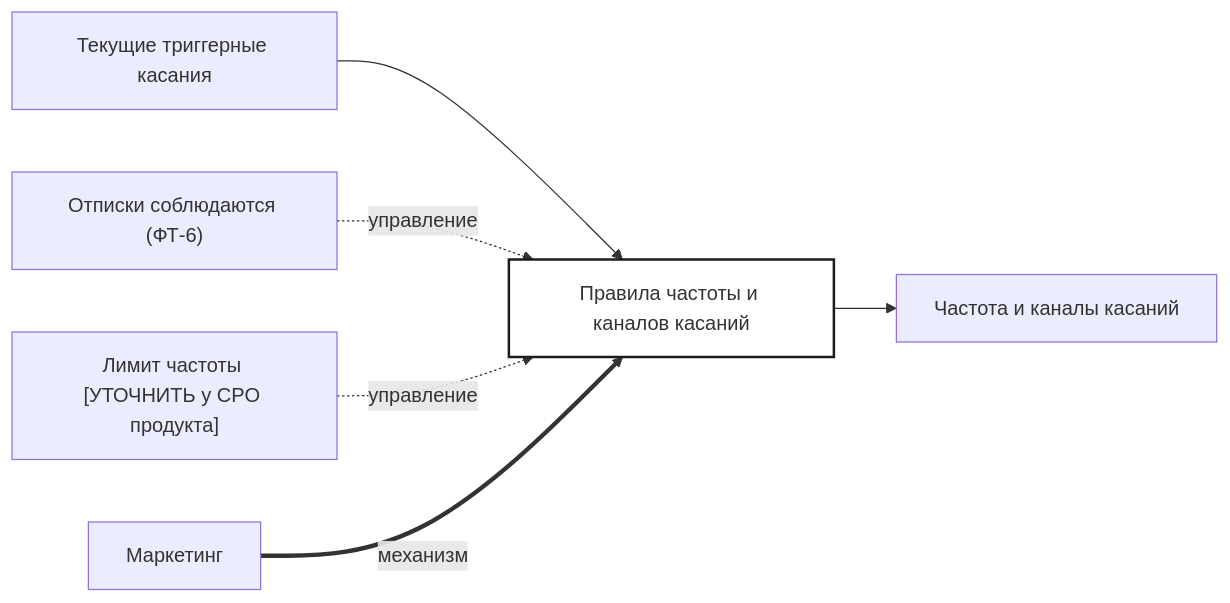
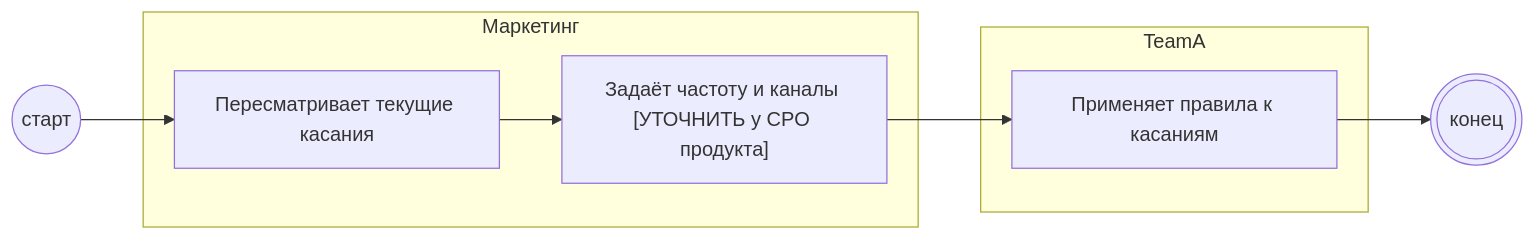
Before and after one commit to po-helper-org/poh-bft-writer: the diagram in skills/bft-blueprint/examples/dineclub-restart-blueprint/backlog/tasks/bp-3.1 - Правила-частоты-и-каналов-касаний.md, drawn with Mermaid. The commit also changed other lines of this file and 60 other files, not shown here.

````diff
--- a/skills/bft-blueprint/examples/dineclub-restart-blueprint/backlog/tasks/bp-3.1 - Правила-частоты-и-каналов-касаний.md
+++ b/skills/bft-blueprint/examples/dineclub-restart-blueprint/backlog/tasks/bp-3.1 - Правила-частоты-и-каналов-касаний.md
@@ -27,10 +39,16 @@
 ```mermaid
 flowchart LR
-  A0["Правила частоты и каналов касаний"]
-  in1["Текущие триггерные касания"] --> A0
-  ctl1["Отписки соблюдаются (ФТ-6)"] -. управление .-> A0
-  ctl2["Лимит частоты [УТОЧНИТЬ у CPO продукта]"] -. управление .-> A0
-  mech1["Маркетинг"] == механизм ==> A0
-  A0 --> out1["Частота и каналы касаний"]
-  style A0 fill:#fff,stroke:#1c1c1c,stroke-width:2px
+  S(("старт"))
+  subgraph L1["Маркетинг"]
+    N1["Пересматривает текущие касания"]
+    N2["Задаёт частоту и каналы [УТОЧНИТЬ у CPO продукта]"]
+  end
+  subgraph L2["TeamA"]
+    N3["Применяет правила к касаниям"]
+  end
+  E((("конец")))
+  S --> N1
+  N1 --> N2
+  N2 --> N3
+  N3 --> E
 ```
````
